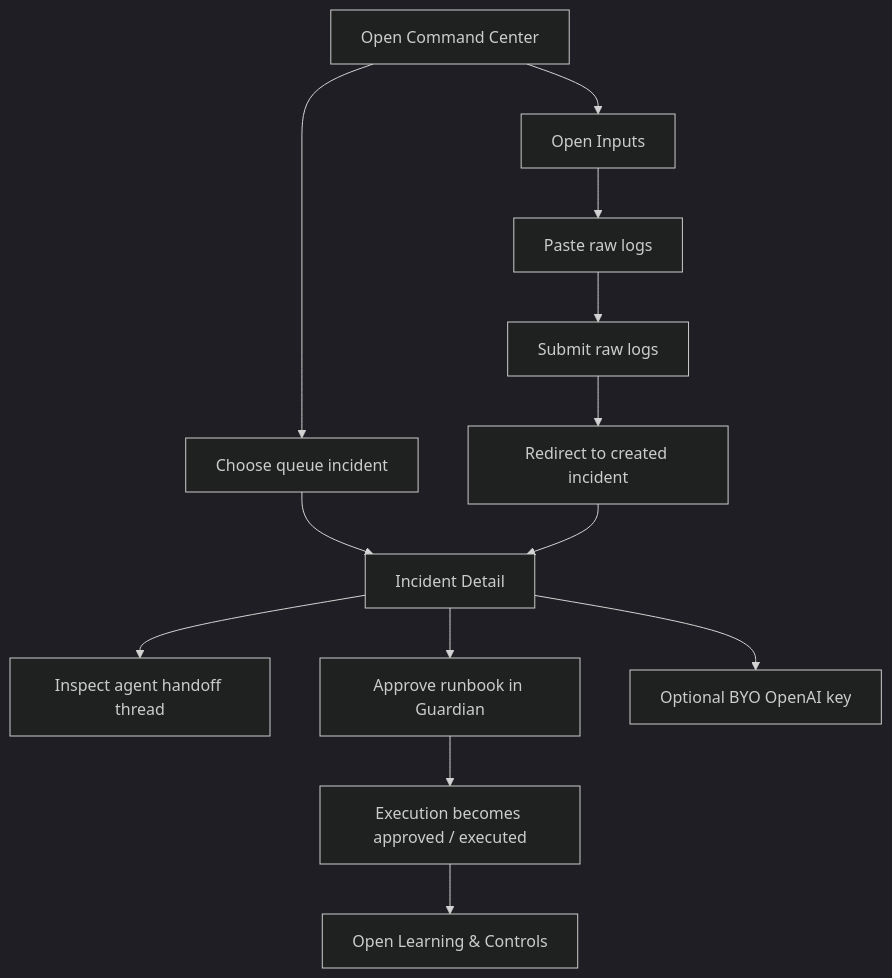
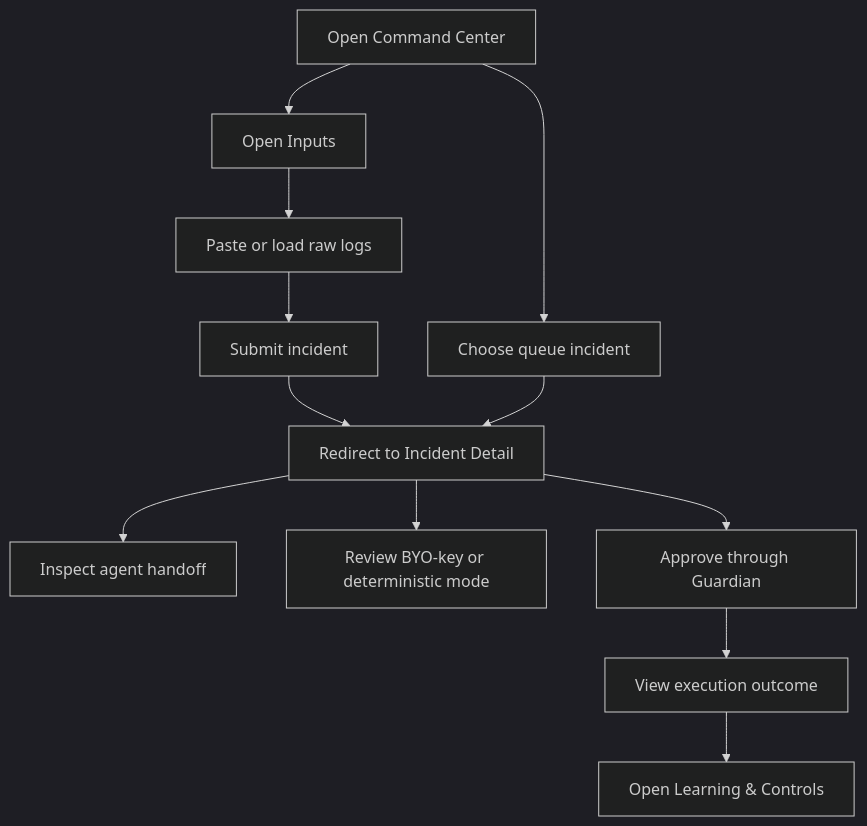
Before and after one commit to kunalkachru/nexus-v2: the second of 5 diagrams in docs/VISUAL_ARCHITECTURE_AND_FLOWS.md, drawn with Mermaid (dark theme). The commit also changed other lines of this file and 6 other files, not shown here.

````diff
--- a/docs/VISUAL_ARCHITECTURE_AND_FLOWS.md
+++ b/docs/VISUAL_ARCHITECTURE_AND_FLOWS.md
@@ -47,15 +64,14 @@
 ```mermaid
 flowchart TD
     A["Open Command Center"] --> B["Choose queue incident"]
     A --> C["Open Inputs"]
-    C --> D["Paste raw logs"]
-    D --> E["Submit raw logs"]
-    E --> F["Redirect to created incident"]
-    B --> G["Incident Detail"]
-    F --> G
-    G --> H["Inspect agent handoff thread"]
-    G --> I["Approve runbook in Guardian"]
-    I --> J["Execution becomes approved / executed"]
-    G --> K["Optional BYO OpenAI key"]
-    J --> L["Open Learning & Controls"]
+    C --> D["Paste or load raw logs"]
+    D --> E["Submit incident"]
+    E --> F["Redirect to Incident Detail"]
+    B --> F
+    F --> G["Inspect agent handoff"]
+    F --> H["Review BYO-key or deterministic mode"]
+    F --> I["Approve through Guardian"]
+    I --> J["View execution outcome"]
+    J --> K["Open Learning & Controls"]
 ```
````
